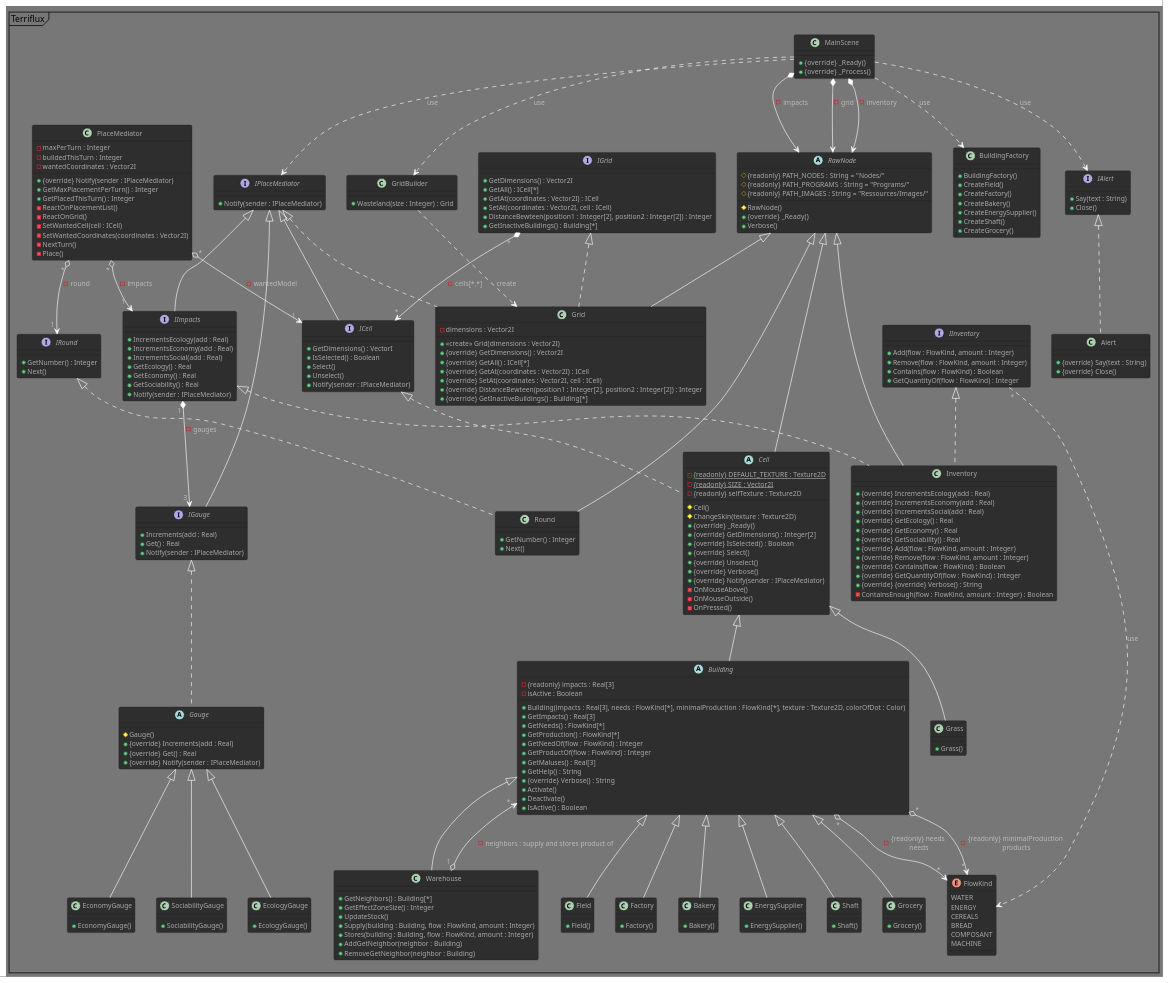
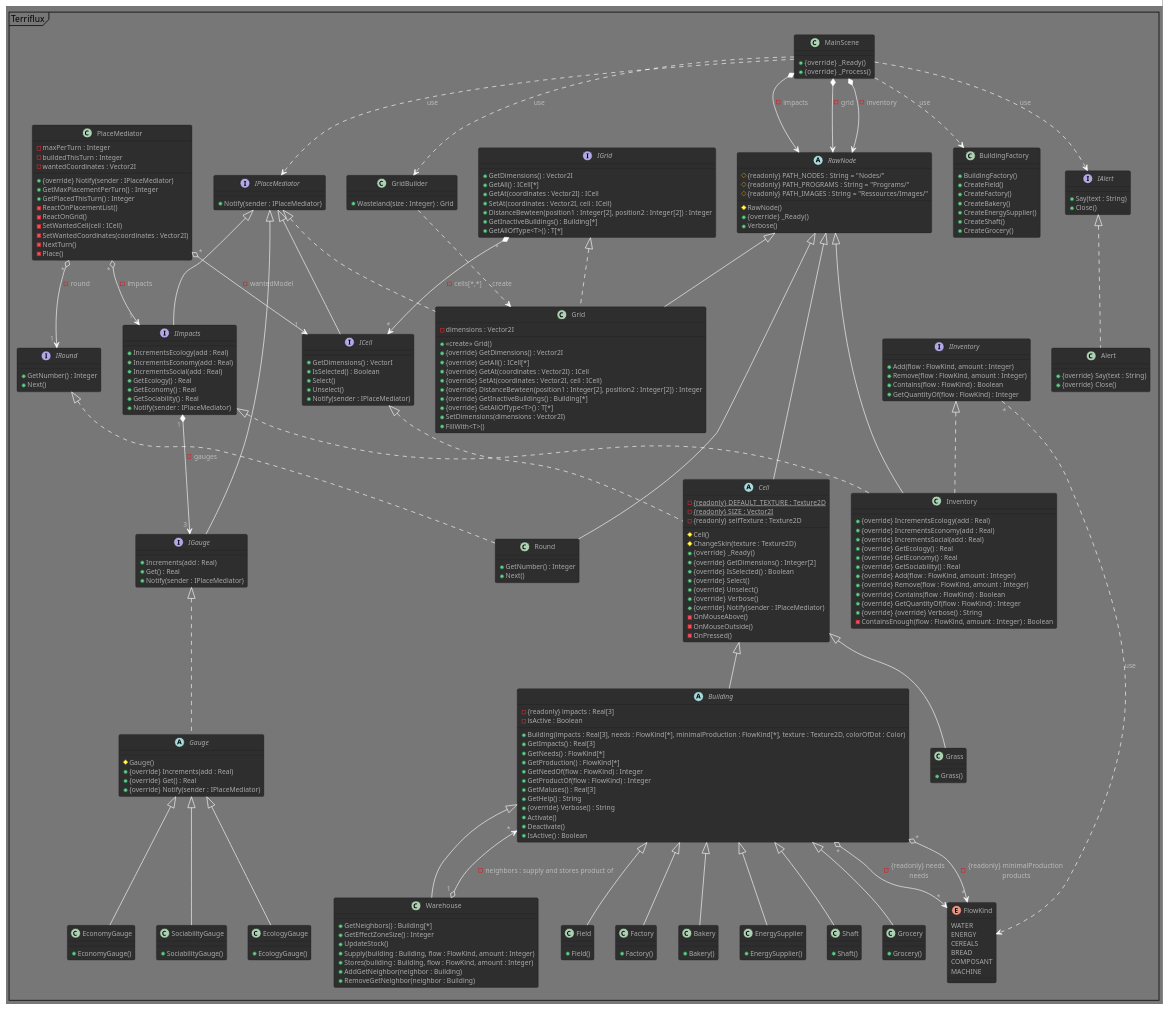
The diagram in Terriflux.puml (Spidermatou/Terriflux), drawn with PlantUML before and after one commit. The commit also changed 2 other files, not shown here.

Commit message:
Finalizing the grid

```diff
--- a/Terriflux.puml
+++ b/Terriflux.puml
@@ -163,8 +163,29 @@
     + SetAt(coordinates : Vector2I, cell : ICell)
     + DistanceBewteen(position1 : Integer[2], position2 : Integer[2]) : Integer
     + GetInactiveBuildings() : Building[*]        /' batiments qui ne peuvent produire '/
+    + GetAllOfType<T>() : T[*] /' return all cells of type T '/
 }
 IGrid" * " *--> " * "ICell : - cells[*,*] 
+class Grid extends RawNode implements IGrid, IPlaceMediator
+{
+    - dimensions : Vector2I
+    + <<create>> Grid() /' init with default max dimensions '/
+    + {override} GetDimensions() : Vector2I
+    + {override} GetAll() : ICell[*]       /' (ICell, Vector2I)[*] '/
+    + {override} GetAt(coordinates : Vector2I) : ICell
+    + {override} SetAt(coordinates : Vector2I, cell : ICell)
+    + {override} DistanceBewteen(position1 : Integer[2], position2 : Integer[2]) : Integer
+    + {override} GetInactiveBuildings() : Building[*]        /' batiments qui ne peuvent produire '/ 
+    + {override} GetAllOfType<T>() : T[*] 
+    + SetDimensions(dimensions : Vector2I)  
+    + FillWith<T>()  
+}
+class GridBuilder
+{
+    /' Creer une grille remplie d'herbe / terrains constructibles (terrain par defaut du jeu) '/
+    + Wasteland(size : Integer) : Grid
+}
+GridBuilder ..> Grid : create
 interface IPlaceMediator
 {
     + Notify(sender : IPlaceMediator)
@@ -194,23 +215,6 @@
 PlaceMediator" * " o--> " 1 "ICell : - wantedModel 
 PlaceMediator" * " o--> " 1 "IImpacts : - impacts 
 PlaceMediator" * " o--> " 1 "IRound : - round 
-class Grid extends RawNode implements IGrid, IPlaceMediator
-{
-    - dimensions : Vector2I
-    + <<create>> Grid(dimensions : Vector2I)
-    + {override} GetDimensions() : Vector2I
-    + {override} GetAll() : ICell[*]       /' (ICell, Vector2I)[*] '/
-    + {override} GetAt(coordinates : Vector2I) : ICell
-    + {override} SetAt(coordinates : Vector2I, cell : ICell)
-    + {override} DistanceBewteen(position1 : Integer[2], position2 : Integer[2]) : Integer
-    + {override} GetInactiveBuildings() : Building[*]        /' batiments qui ne peuvent produire '/   
-}
-class GridBuilder
-{
-    /' Creer une grille remplie d'herbe / terrains constructibles (terrain par defaut du jeu) '/
-    + Wasteland(size : Integer) : Grid
-}
-GridBuilder ..> Grid : create
 
 /' INVENTORY & IMPACTS '/
 interface IGauge implements IPlaceMediator
```
